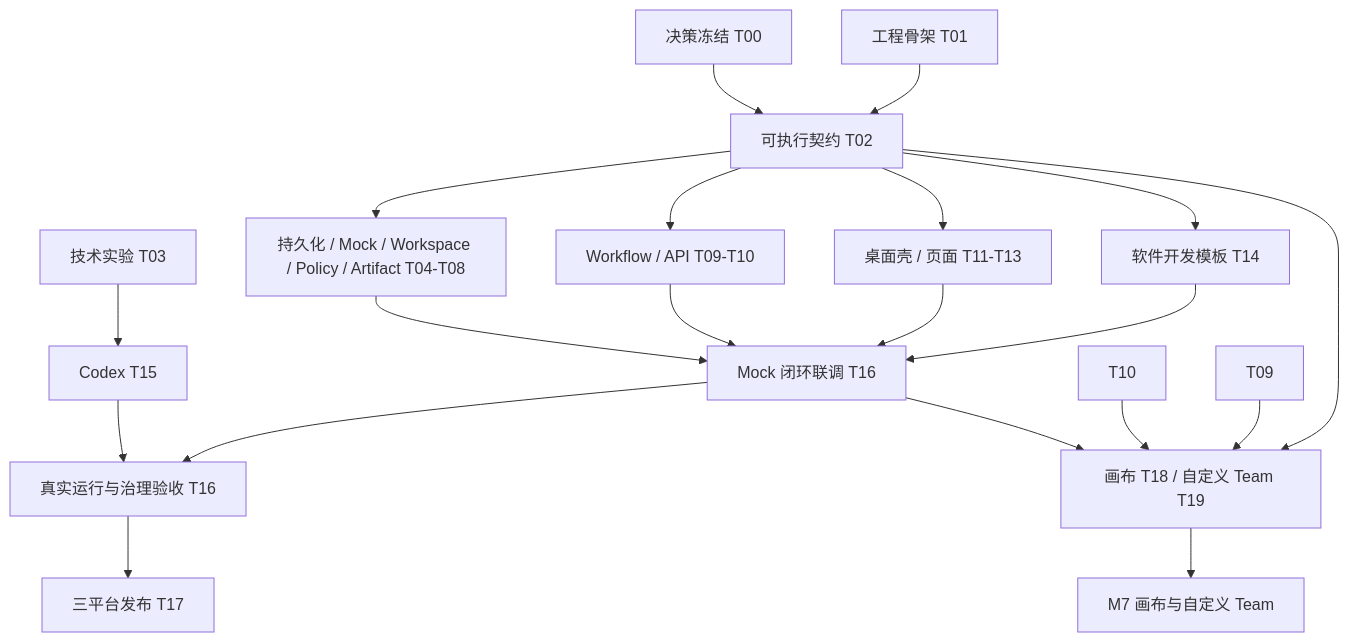
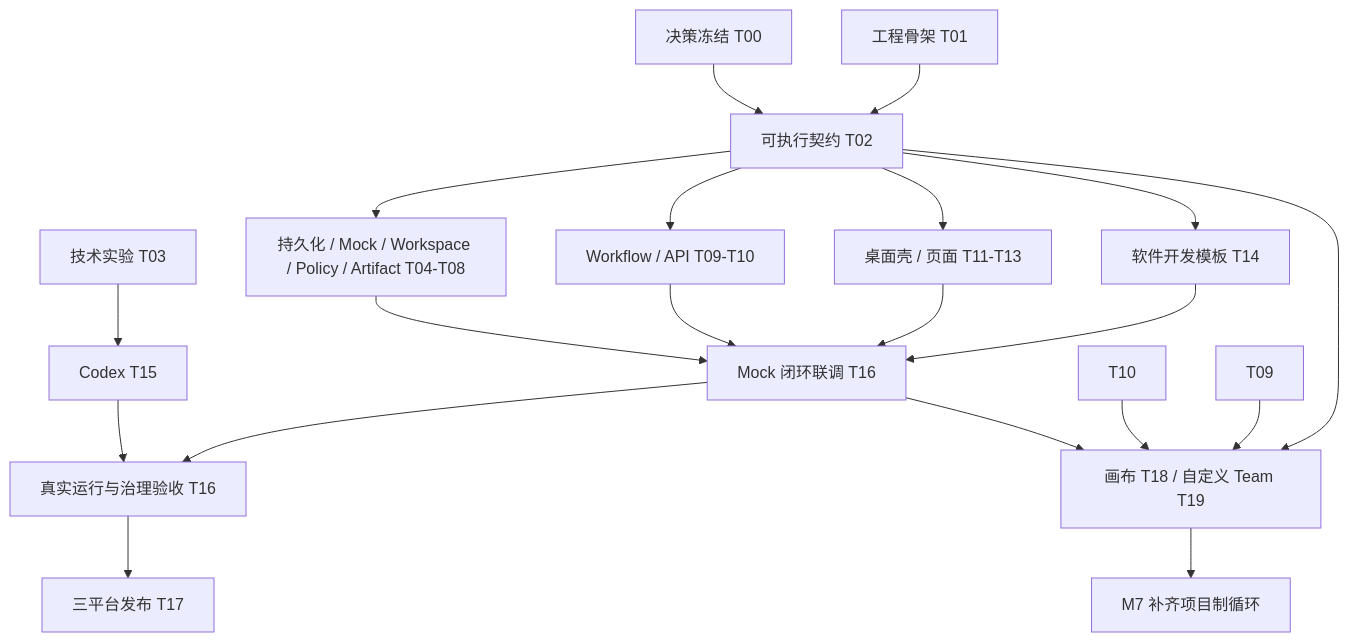
One commit to nicechencs/workforce changed the diagram in docs/planning/02-development-task-backlog.md. Above: the diagram before and after it, drawn with Mermaid. The commit also changed other lines of this file and 8 other files, not shown here.

```diff
--- a/docs/planning/02-development-task-backlog.md
+++ b/docs/planning/02-development-task-backlog.md
@@ -32,22 +32,22 @@
 ~~~mermaid
 flowchart TD
   T00[决策冻结 T00] --> T02[可执行契约 T02]
   T01[工程骨架 T01] --> T02
   T03[技术实验 T03] --> T15[Codex T15]
   T02 --> Infra[持久化 / Mock / Workspace / Policy / Artifact T04-T08]
   T02 --> Core[Workflow / API T09-T10]
   T02 --> Desktop[桌面壳 / 页面 T11-T13]
   T02 --> Template[软件开发模板 T14]
   Infra --> M3[Mock 闭环联调 T16]
   Core --> M3
   Desktop --> M3
   Template --> M3
   M3 --> Live[真实运行与治理验收 T16]
   T15 --> Live
   Live --> T17[三平台发布 T17]
   T02 --> Orchestration[画布 T18 / 自定义 Team T19]
   T10 --> Orchestration
   T09 --> Orchestration
   M3 --> Orchestration
-  Orchestration --> M7[M7 画布与自定义 Team]
+  Orchestration --> M7[M7 补齐项目制循环]
 ~~~
```
